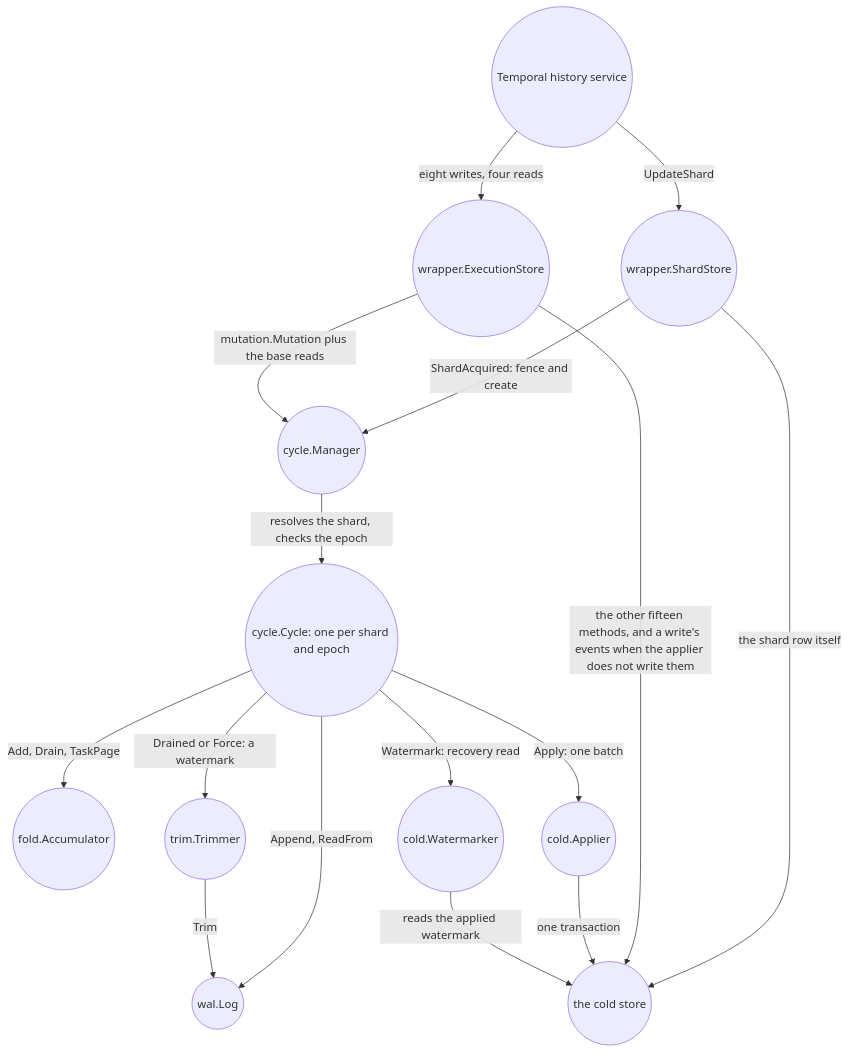
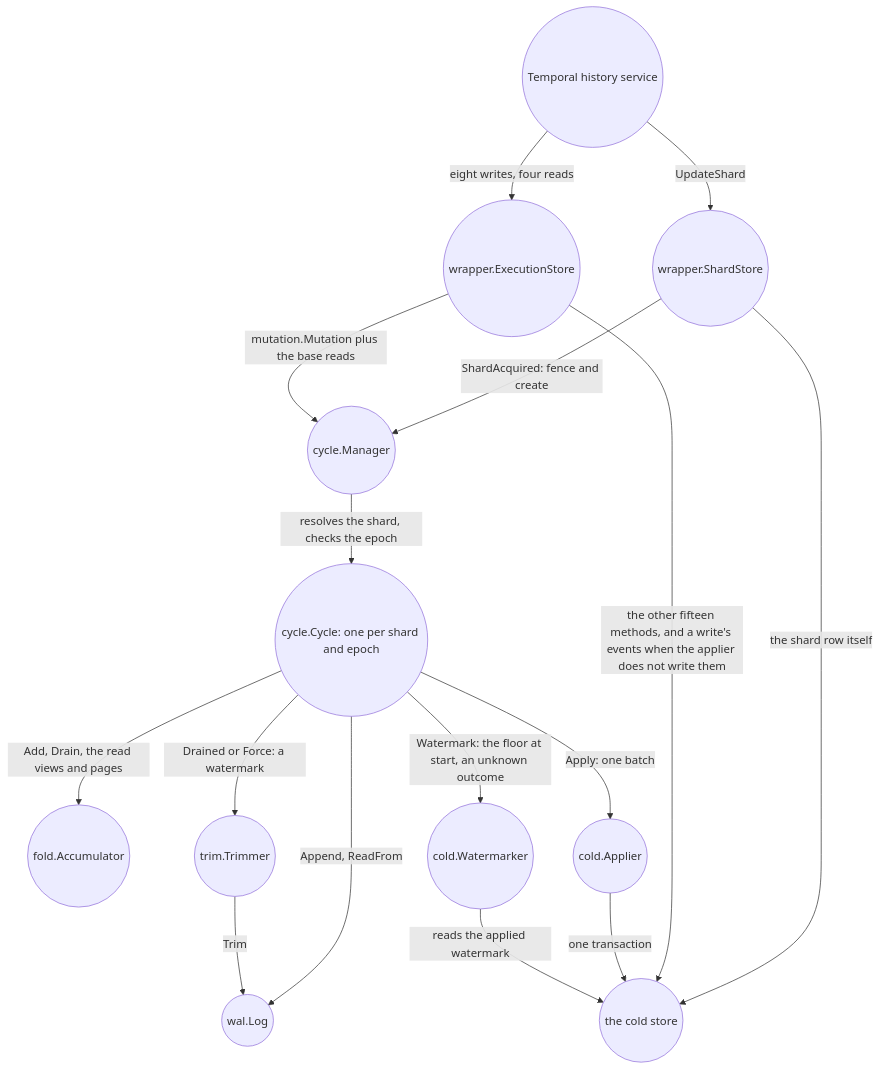
Before and after one commit to aromanovich/waltz: the first of 4 diagrams in docs/handbook/03-components.md, drawn with Mermaid. The commit also changed other lines of this file and 29 other files, not shown here.

````diff
--- a/docs/handbook/03-components.md
+++ b/docs/handbook/03-components.md
@@ -106,30 +106,30 @@
 ```mermaid
 graph TD
   HS(("Temporal history service"))
   ES(("wrapper.ExecutionStore"))
   SS(("wrapper.ShardStore"))
   MGR(("cycle.Manager"))
   CY(("cycle.Cycle: one per shard and epoch"))
   ACC(("fold.Accumulator"))
   TR(("trim.Trimmer"))
   AP(("cold.Applier"))
   WM(("cold.Watermarker"))
   LOG(("wal.Log"))
   CS(("the cold store"))
 
   HS -->|"eight writes, four reads"| ES
   HS -->|"UpdateShard"| SS
   SS -->|"ShardAcquired: fence and create"| MGR
   SS -->|"the shard row itself"| CS
   ES -->|"mutation.Mutation plus the base reads"| MGR
   ES -->|"the other fifteen methods, and a write's events when the applier does not write them"| CS
   MGR -->|"resolves the shard, checks the epoch"| CY
   CY -->|"Append, ReadFrom"| LOG
-  CY -->|"Add, Drain, TaskPage"| ACC
+  CY -->|"Add, Drain, the read views and pages"| ACC
   CY -->|"Apply: one batch"| AP
   CY -->|"Drained or Force: a watermark"| TR
-  CY -->|"Watermark: recovery read"| WM
+  CY -->|"Watermark: the floor at start, an unknown outcome"| WM
   TR -->|"Trim"| LOG
   AP -->|"one transaction"| CS
   WM -->|"reads the applied watermark"| CS
 ```
````
